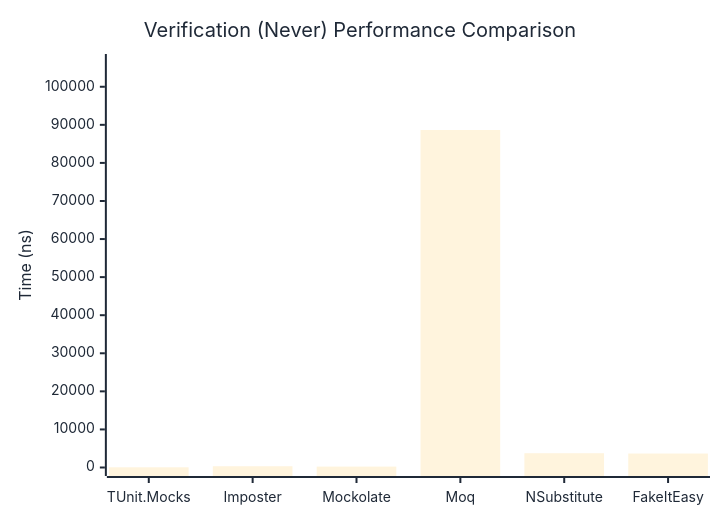
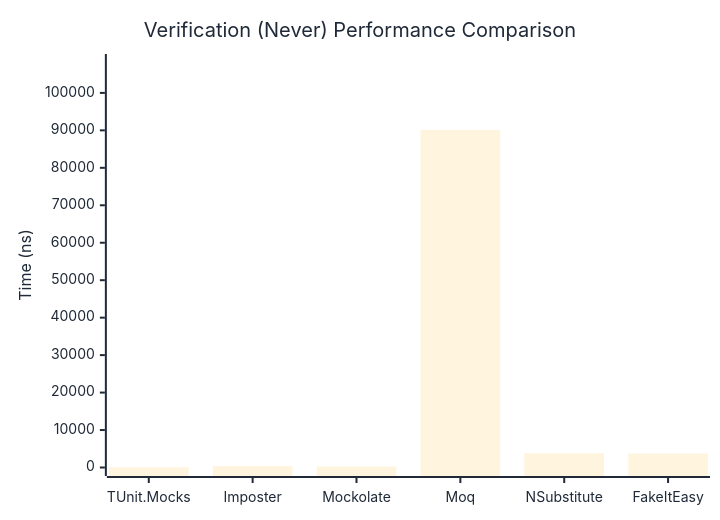
The second of 3 diagrams in docs/docs/benchmarks/mocks/Verification.md (thomhurst/TUnit), drawn with Mermaid before and after one commit. The commit also changed other lines of this file and 14 other files, not shown here.

````diff
--- a/docs/docs/benchmarks/mocks/Verification.md
+++ b/docs/docs/benchmarks/mocks/Verification.md
@@ -71,27 +71,27 @@
 ```mermaid
 %%{init: {
   'theme':'base',
   'themeVariables': {
     'primaryColor': '#2563eb',
     'primaryTextColor': '#1f2937',
     'primaryBorderColor': '#1e40af',
     'lineColor': '#6b7280',
     'secondaryColor': '#7c3aed',
     'tertiaryColor': '#dc2626',
     'background': '#ffffff',
     'pie1': '#2563eb',
     'pie2': '#7c3aed',
     'pie3': '#dc2626',
     'pie4': '#f59e0b',
     'pie5': '#10b981',
     'pie6': '#06b6d4',
     'pie7': '#ec4899',
     'pie8': '#6366f1'
   }
 }}%%
 xychart-beta
   title "Verification (Never) Performance Comparison"
   x-axis ["TUnit.Mocks", "Imposter", "Mockolate", "Moq", "NSubstitute", "FakeItEasy"]
-  y-axis "Time (ns)" 0 --> 106370
-  bar [52.16, 329.98, 235.82, 88641.61, 3748.95, 3666.96]
+  y-axis "Time (ns)" 0 --> 108114
+  bar [59.04, 369.1, 254.06, 90094.4, 3801.56, 3714.54]
 ```
````
